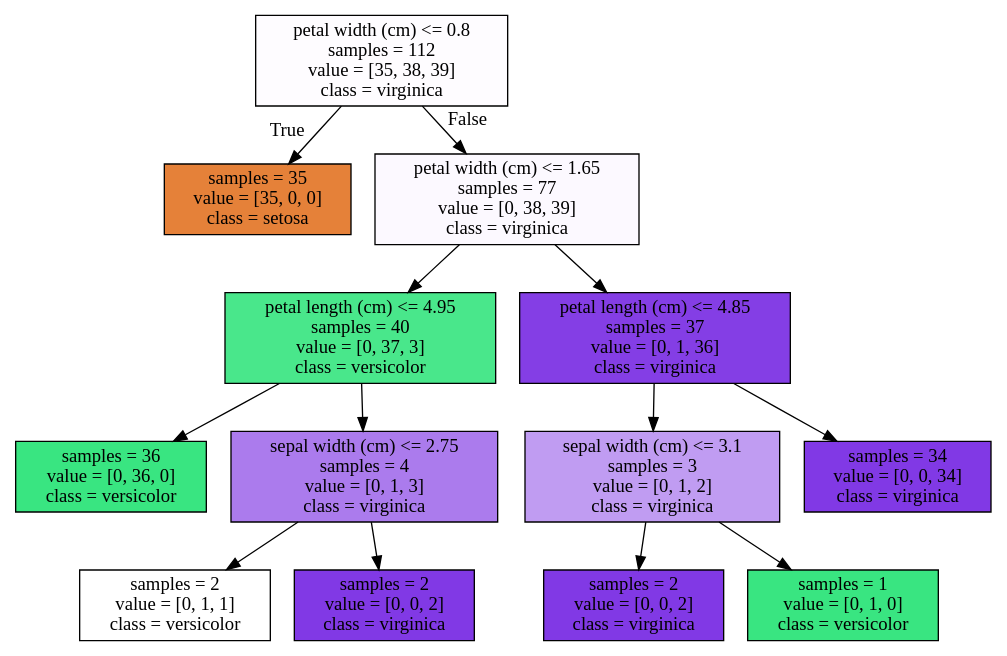
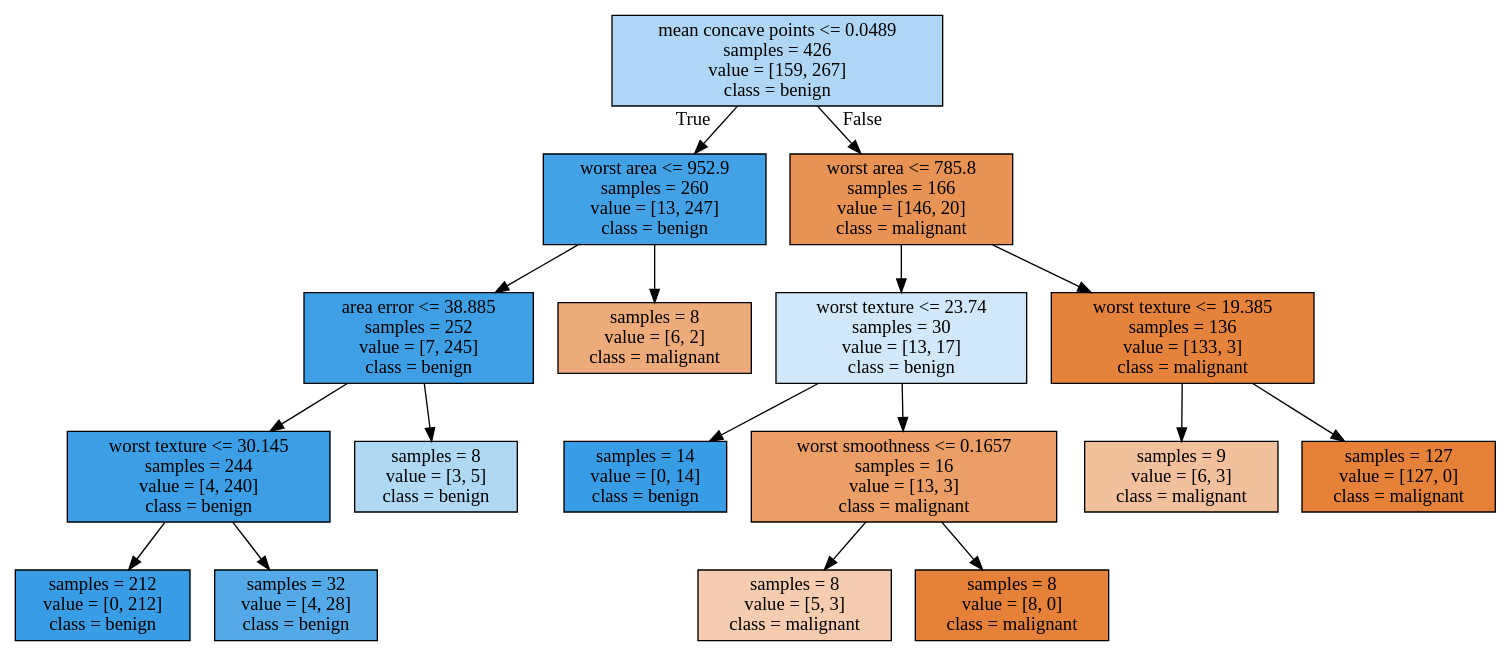
One commit to cesell/Data_Science_Reference changed the diagram in temp.dot. Above: the diagram before and after it, drawn with Graphviz. The commit also changed 5 other files, not shown here.

```diff
--- a/temp.dot
+++ b/temp.dot
@@ -1,28 +1,36 @@
 digraph Tree {
 node [shape=box, style="filled", color="black"] ;
-0 [label="petal width (cm) <= 0.8\nsamples = 112\nvalue = [35, 38, 39]\nclass = virginica", fillcolor="#8139e503"] ;
-1 [label="samples = 35\nvalue = [35, 0, 0]\nclass = setosa", fillcolor="#e58139ff"] ;
+0 [label="mean concave points <= 0.0489\nsamples = 426\nvalue = [159, 267]\nclass = benign", fillcolor="#399de567"] ;
+1 [label="worst area <= 952.9\nsamples = 260\nvalue = [13, 247]\nclass = benign", fillcolor="#399de5f2"] ;
 0 -> 1 [labeldistance=2.5, labelangle=45, headlabel="True"] ;
-2 [label="petal width (cm) <= 1.65\nsamples = 77\nvalue = [0, 38, 39]\nclass = virginica", fillcolor="#8139e507"] ;
-0 -> 2 [labeldistance=2.5, labelangle=-45, headlabel="False"] ;
-3 [label="petal length (cm) <= 4.95\nsamples = 40\nvalue = [0, 37, 3]\nclass = versicolor", fillcolor="#39e581ea"] ;
+2 [label="area error <= 38.885\nsamples = 252\nvalue = [7, 245]\nclass = benign", fillcolor="#399de5f8"] ;
+1 -> 2 ;
+3 [label="worst texture <= 30.145\nsamples = 244\nvalue = [4, 240]\nclass = benign", fillcolor="#399de5fb"] ;
 2 -> 3 ;
-4 [label="samples = 36\nvalue = [0, 36, 0]\nclass = versicolor", fillcolor="#39e581ff"] ;
+4 [label="samples = 212\nvalue = [0, 212]\nclass = benign", fillcolor="#399de5ff"] ;
 3 -> 4 ;
-5 [label="sepal width (cm) <= 2.75\nsamples = 4\nvalue = [0, 1, 3]\nclass = virginica", fillcolor="#8139e5aa"] ;
+5 [label="samples = 32\nvalue = [4, 28]\nclass = benign", fillcolor="#399de5db"] ;
 3 -> 5 ;
-6 [label="samples = 2\nvalue = [0, 1, 1]\nclass = versicolor", fillcolor="#39e58100"] ;
-5 -> 6 ;
-7 [label="samples = 2\nvalue = [0, 0, 2]\nclass = virginica", fillcolor="#8139e5ff"] ;
-5 -> 7 ;
-8 [label="petal length (cm) <= 4.85\nsamples = 37\nvalue = [0, 1, 36]\nclass = virginica", fillcolor="#8139e5f8"] ;
-2 -> 8 ;
-9 [label="sepal width (cm) <= 3.1\nsamples = 3\nvalue = [0, 1, 2]\nclass = virginica", fillcolor="#8139e57f"] ;
+6 [label="samples = 8\nvalue = [3, 5]\nclass = benign", fillcolor="#399de566"] ;
+2 -> 6 ;
+7 [label="samples = 8\nvalue = [6, 2]\nclass = malignant", fillcolor="#e58139aa"] ;
+1 -> 7 ;
+8 [label="worst area <= 785.8\nsamples = 166\nvalue = [146, 20]\nclass = malignant", fillcolor="#e58139dc"] ;
+0 -> 8 [labeldistance=2.5, labelangle=-45, headlabel="False"] ;
+9 [label="worst texture <= 23.74\nsamples = 30\nvalue = [13, 17]\nclass = benign", fillcolor="#399de53c"] ;
 8 -> 9 ;
-10 [label="samples = 2\nvalue = [0, 0, 2]\nclass = virginica", fillcolor="#8139e5ff"] ;
+10 [label="samples = 14\nvalue = [0, 14]\nclass = benign", fillcolor="#399de5ff"] ;
 9 -> 10 ;
-11 [label="samples = 1\nvalue = [0, 1, 0]\nclass = versicolor", fillcolor="#39e581ff"] ;
+11 [label="worst smoothness <= 0.1657\nsamples = 16\nvalue = [13, 3]\nclass = malignant", fillcolor="#e58139c4"] ;
 9 -> 11 ;
-12 [label="samples = 34\nvalue = [0, 0, 34]\nclass = virginica", fillcolor="#8139e5ff"] ;
-8 -> 12 ;
+12 [label="samples = 8\nvalue = [5, 3]\nclass = malignant", fillcolor="#e5813966"] ;
+11 -> 12 ;
+13 [label="samples = 8\nvalue = [8, 0]\nclass = malignant", fillcolor="#e58139ff"] ;
+11 -> 13 ;
+14 [label="worst texture <= 19.385\nsamples = 136\nvalue = [133, 3]\nclass = malignant", fillcolor="#e58139f9"] ;
+8 -> 14 ;
+15 [label="samples = 9\nvalue = [6, 3]\nclass = malignant", fillcolor="#e581397f"] ;
+14 -> 15 ;
+16 [label="samples = 127\nvalue = [127, 0]\nclass = malignant", fillcolor="#e58139ff"] ;
+14 -> 16 ;
 }
```
